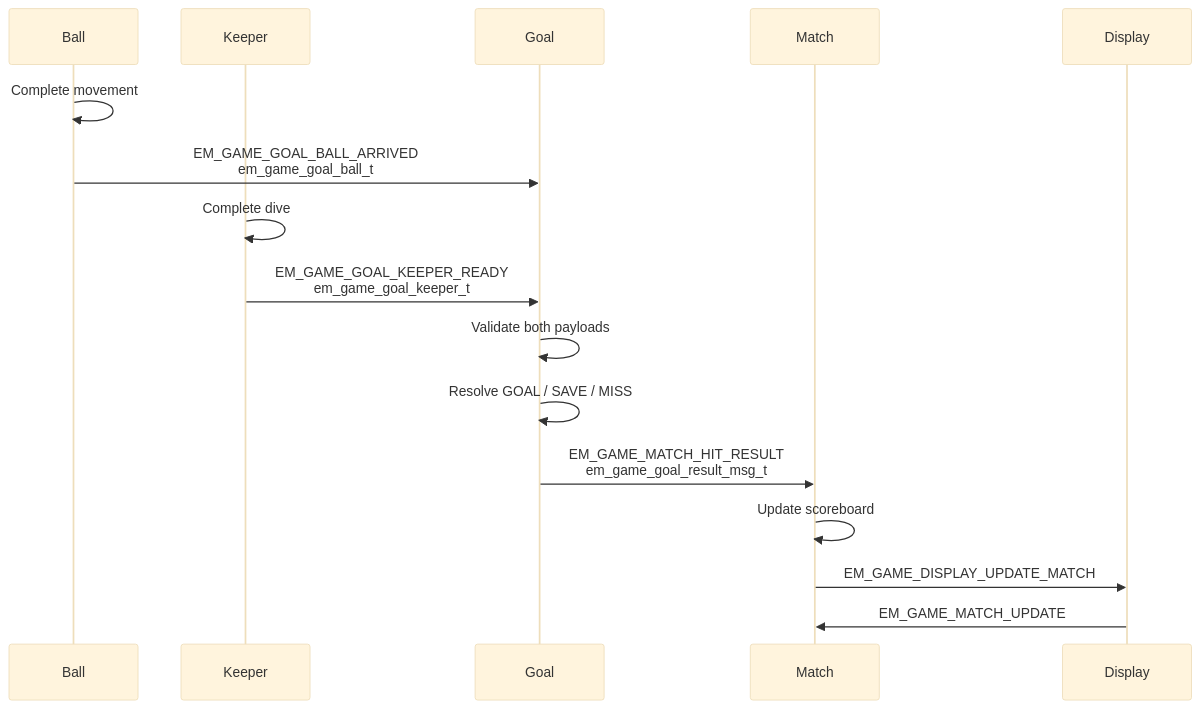
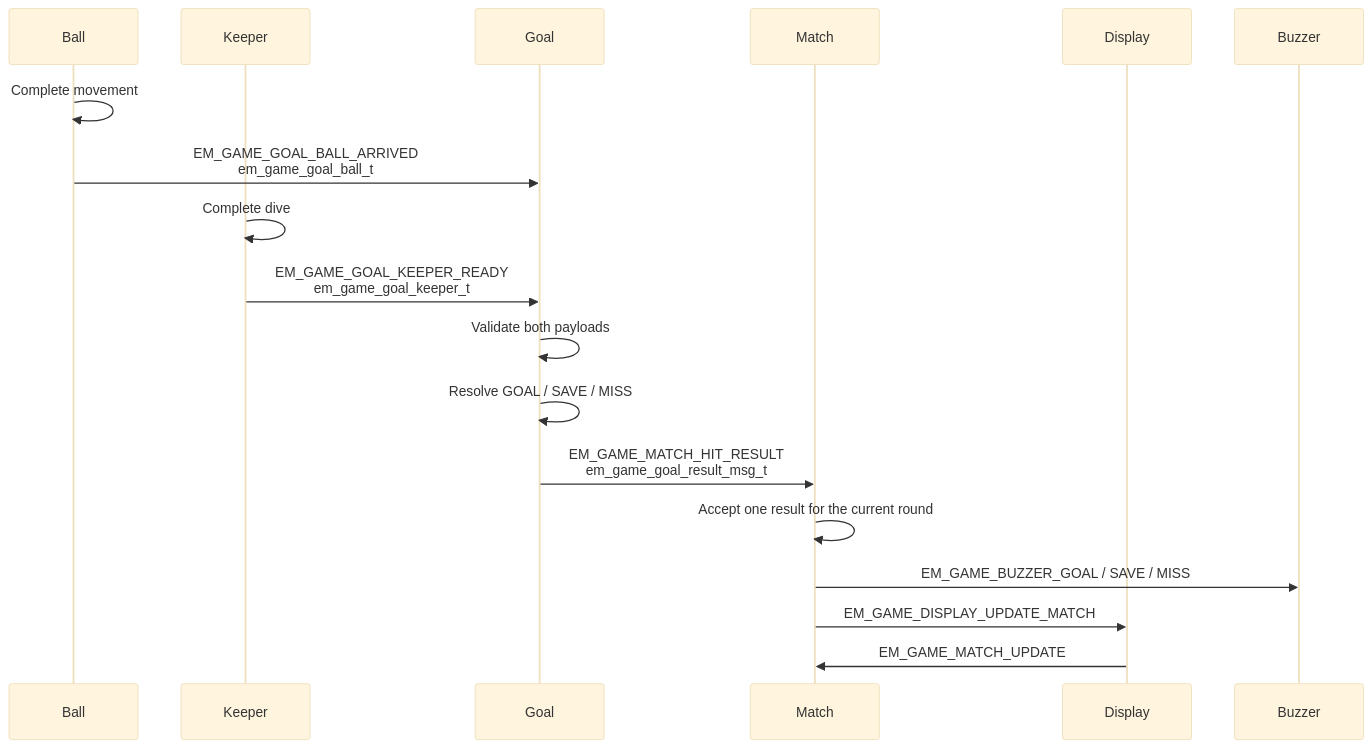
One commit to caotrongphuoc/11m-game changed the fifth of 6 diagrams in docs/03-design-sequence-object.md. Above: the diagram before and after it, drawn with Mermaid (base theme). The commit also changed other lines of this file and 1 other file, not shown here.

Commit message:
[DOC] complete em_game runtime and object sequences

````diff
--- a/docs/03-design-sequence-object.md
+++ b/docs/03-design-sequence-object.md
@@ -111,20 +139,22 @@
 ```mermaid
 sequenceDiagram
     participant Ball
     participant Keeper
     participant Goal
     participant Match
     participant Display
+    participant Buzzer
 
     Ball->>Ball: Complete movement
     Ball->>Goal: EM_GAME_GOAL_BALL_ARRIVED<br/>em_game_goal_ball_t
     Keeper->>Keeper: Complete dive
     Keeper->>Goal: EM_GAME_GOAL_KEEPER_READY<br/>em_game_goal_keeper_t
 
     Goal->>Goal: Validate both payloads
     Goal->>Goal: Resolve GOAL / SAVE / MISS
     Goal->>Match: EM_GAME_MATCH_HIT_RESULT<br/>em_game_goal_result_msg_t
-    Match->>Match: Update scoreboard
+    Match->>Match: Accept one result for the current round
+    Match->>Buzzer: EM_GAME_BUZZER_GOAL / SAVE / MISS
     Match->>Display: EM_GAME_DISPLAY_UPDATE_MATCH
     Display->>Match: EM_GAME_MATCH_UPDATE
 ```
````
